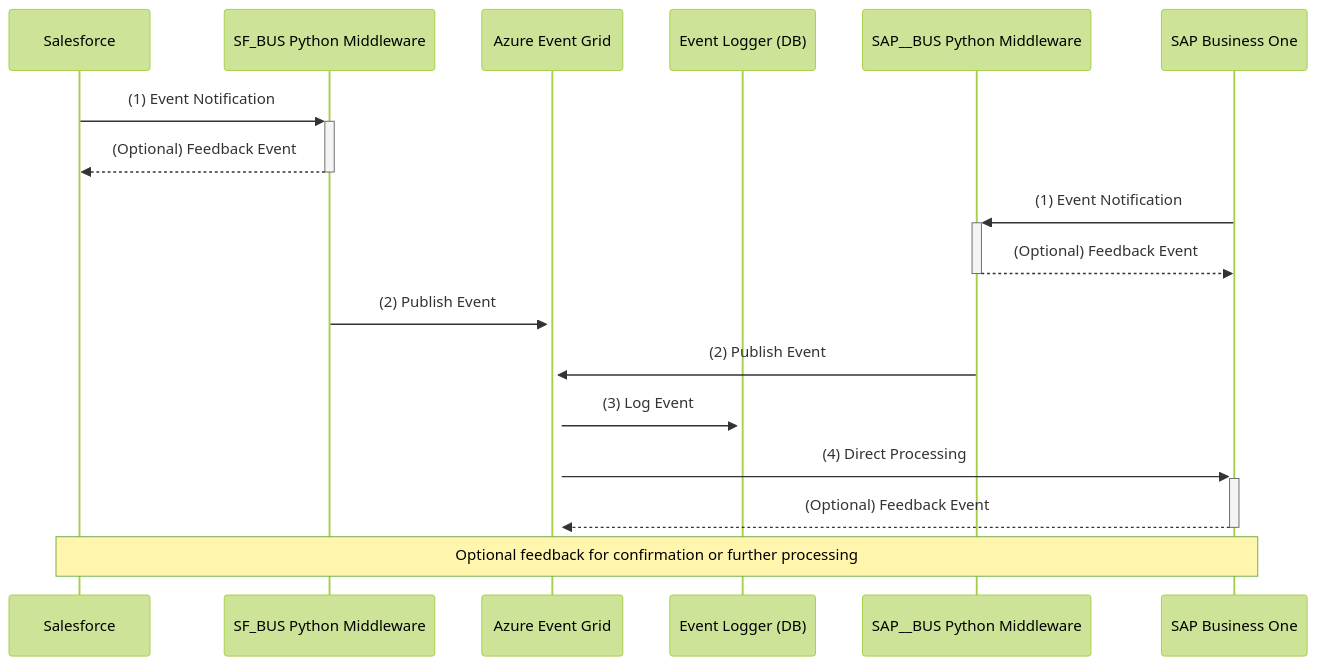
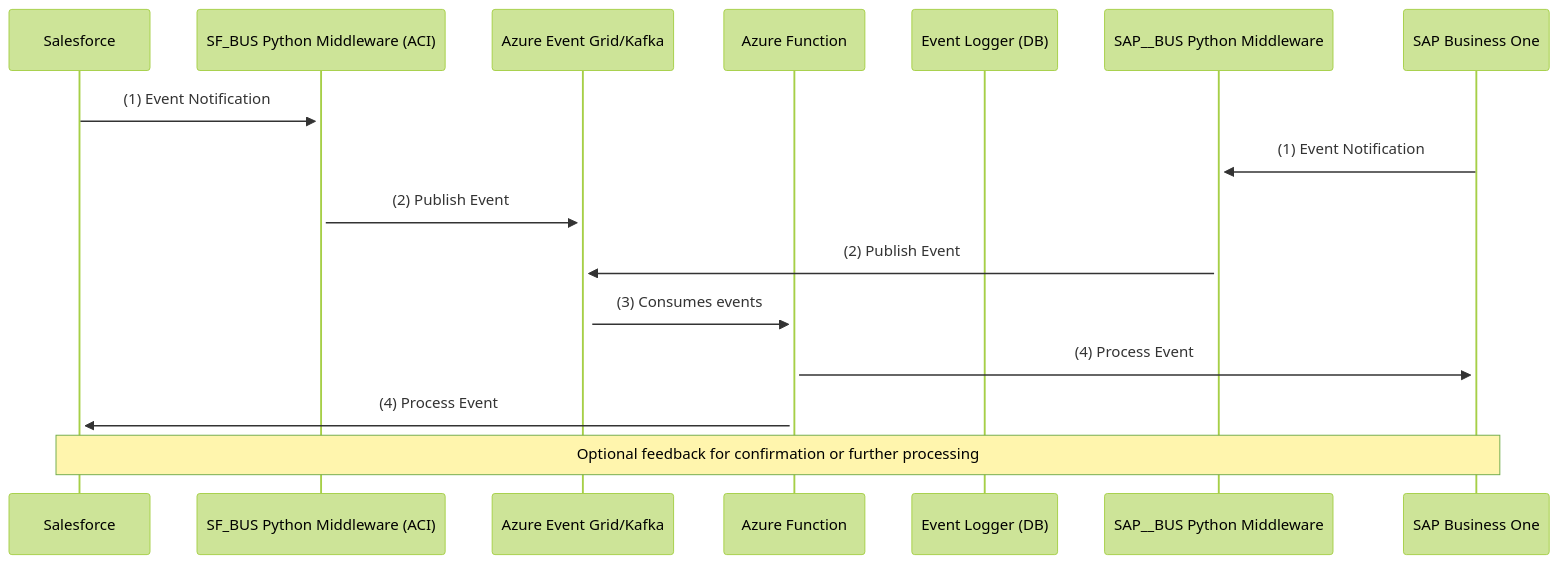
The diagram in docs/integration_architecture.md (dizzydwarfus/salesforce-event-listener), drawn with Mermaid (forest theme) before and after one commit. The commit also changed 27 other files, not shown here.

````diff
--- a/docs/integration_architecture.md
+++ b/docs/integration_architecture.md
@@ -1,22 +1,20 @@
 ```mermaid
 sequenceDiagram
     participant Salesforce
-    participant SF_Middleware as SF_BUS Python Middleware
-    participant AEG as Azure Event Grid
+    participant SF_Middleware as SF_BUS Python Middleware (ACI)
+    participant AEG as Azure Event Grid/Kafka
+    participant AFunc as Azure Function
     participant Logger as Event Logger (DB)
     participant SAP_Middleware as SAP__BUS Python Middleware
     participant SAP_B1 as SAP Business One
 
     Salesforce->>+SF_Middleware: (1) Event Notification
-    SF_Middleware-->>-Salesforce: (Optional) Feedback Event
     SAP_B1->>+SAP_Middleware: (1) Event Notification
-    SAP_Middleware-->>-SAP_B1: (Optional) Feedback Event
     SF_Middleware->>+AEG: (2) Publish Event
     SAP_Middleware->>+AEG: (2) Publish Event
-    AEG->>+Logger: (3) Log Event
-    AEG->>+SAP_B1: (4) Direct Processing
-    SAP_B1-->>-AEG: (Optional) Feedback Event
-    
+    AEG->>+AFunc: (3) Consumes events
+    AFunc->>+SAP_B1: (4) Process Event
+    AFunc->>+Salesforce: (4) Process Event
 
     Note over Salesforce,SAP_B1: Optional feedback for confirmation or further processing
 ```
````
